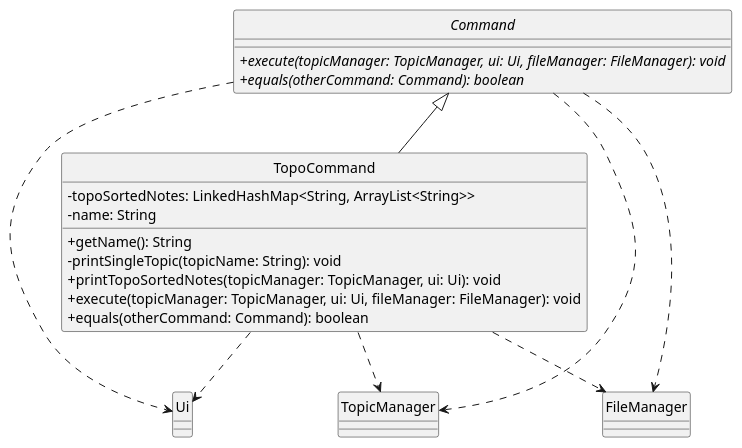
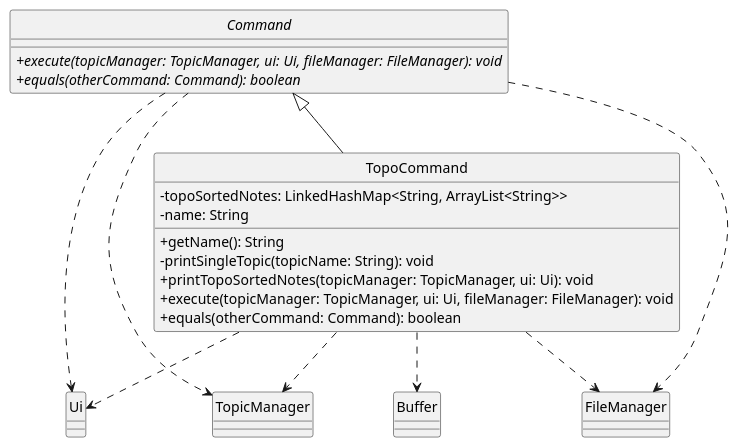
Before and after one commit to ong-ck/tp: the diagram in docs/uml/source-files/TopoCommandClass.puml, drawn with PlantUML. The commit also changed 7 other files, not shown here.

Commit message:
Update all class diagram to include dependency on Buffer

```diff
--- a/docs/uml/source-files/TopoCommandClass.puml
+++ b/docs/uml/source-files/TopoCommandClass.puml
@@ -1,37 +1,41 @@
 @startuml
 'https://plantuml.com/class-diagram
 skinparam classAttributeIconSize 0
 hide circle
 abstract class Command {
 +execute(topicManager: TopicManager, ui: Ui, fileManager: FileManager): void {abstract}
 +equals(otherCommand: Command): boolean {abstract}
 }
 
 class TopoCommand {
 -topoSortedNotes: LinkedHashMap<String, ArrayList<String>>
 -name: String
 
 +getName(): String
 -printSingleTopic(topicName: String): void
 +printTopoSortedNotes(topicManager: TopicManager, ui: Ui): void
 +execute(topicManager: TopicManager, ui: Ui, fileManager: FileManager): void
 +equals(otherCommand: Command): boolean
 }
 
 class Ui {
 }
 
 class TopicManager {
 }
 
+class Buffer {
+}
+
 class FileManager {
 }
 
 Command ..> Ui
 TopoCommand ..> Ui
 Command ..> TopicManager
 TopoCommand ..> TopicManager
 Command ..> FileManager
 TopoCommand ..> FileManager
+TopoCommand ..> Buffer
 Command <|-- TopoCommand
 @enduml
```
